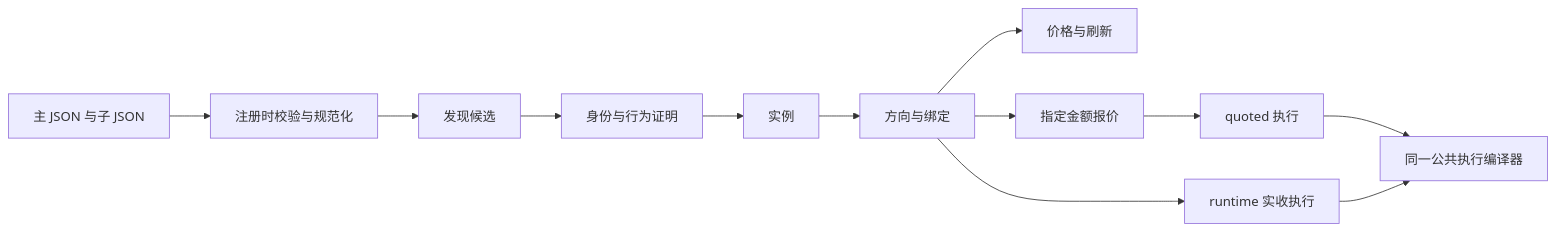
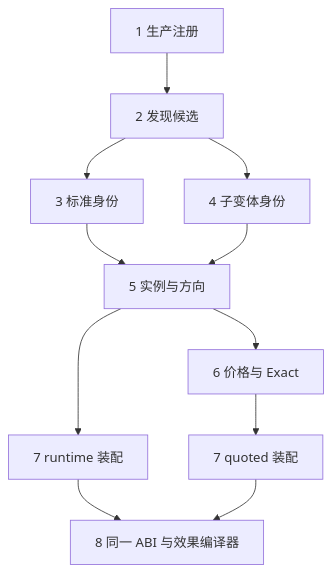
One commit to EuniceLeeee/c0ffeebabe.eth changed the diagram in docs/research/design/erc4626-declarative-production-architecture-20261027.md. Above: the diagram before and after it, drawn with Mermaid. The commit also changed other lines of this file and 3 other files, not shown here.

````diff
--- a/docs/research/design/erc4626-declarative-production-architecture-20261027.md
+++ b/docs/research/design/erc4626-declarative-production-architecture-20261027.md
@@ -25,14 +21,13 @@
 ```mermaid
-flowchart LR
-    A[主 JSON 与子 JSON] --> B[注册时校验与规范化]
-    B --> C[发现候选]
-    C --> D[身份与行为证明]
-    D --> E[实例]
-    E --> F[方向与绑定]
-    F --> G[价格与刷新]
-    F --> H[指定金额报价]
-    H --> I[quoted 执行]
-    F --> J[runtime 实收执行]
-    I --> K[同一公共执行编译器]
-    J --> K
+flowchart TD
+    A[1 生产注册] --> B[2 发现候选]
+    B --> C[3 标准身份]
+    B --> D[4 子变体身份]
+    C --> E[5 实例与方向]
+    D --> E
+    E --> F[6 价格与 Exact]
+    E --> G[7 runtime 装配]
+    F --> H[7 quoted 装配]
+    G --> I[8 同一 ABI 与效果编译器]
+    H --> I
 ```
````
